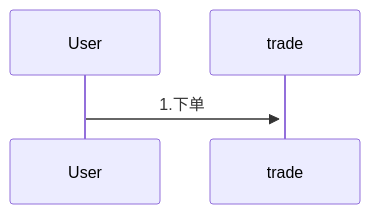
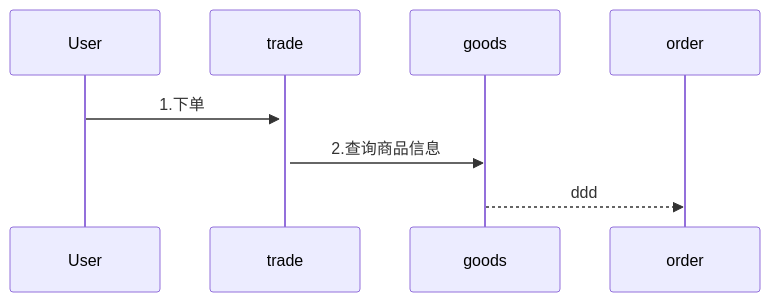
Before and after one commit to yingjianzh/iodraw-files: the diagram in all/未命名-6.md, drawn with Mermaid.

Commit message:
2024-08-19 15:00:20 update

````diff
--- a/all/未命名-6.md
+++ b/all/未命名-6.md
@@ -1,5 +1,6 @@
 ```mermaid
 sequenceDiagram
     User->>+trade: 1.下单
-    
+    trade->>goods: 2.查询商品信息
+    goods-->>order: ddd
 ```
````
